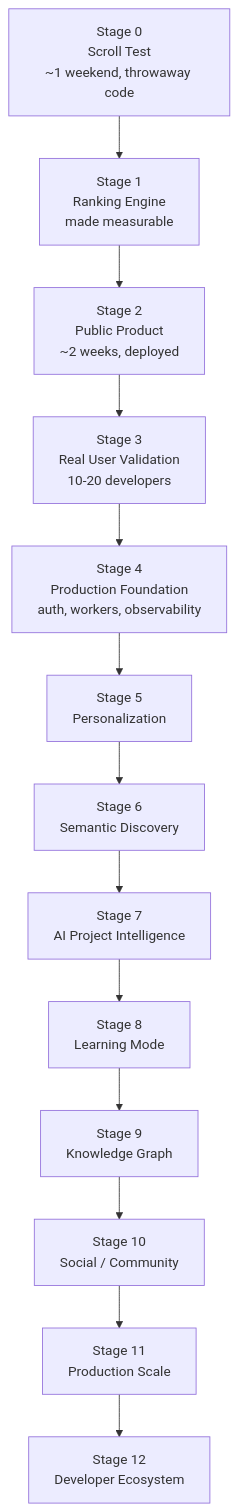
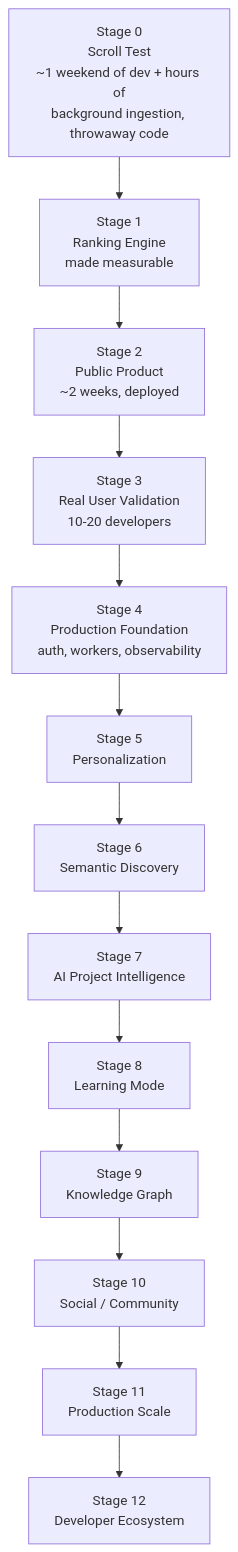
One commit to Nishant167/devfeed changed the first of 8 diagrams in DEVFEED.md. Above: the diagram before and after it, drawn with Mermaid. The commit also changed other lines of this file, not shown here.

Commit message:
docs: fix rate-limit, query-grid bias, and edge-case gaps in Stage 0 spec

````diff
--- a/DEVFEED.md
+++ b/DEVFEED.md
@@ -186,15 +186,15 @@
 ```mermaid
 flowchart TD
-    S0["Stage 0<br/>Scroll Test<br/>~1 weekend, throwaway code"] --> S1["Stage 1<br/>Ranking Engine<br/>made measurable"]
+    S0["Stage 0<br/>Scroll Test<br/>~1 weekend of dev + hours of<br/>background ingestion, throwaway code"] --> S1["Stage 1<br/>Ranking Engine<br/>made measurable"]
     S1 --> S2["Stage 2<br/>Public Product<br/>~2 weeks, deployed"]
     S2 --> S3["Stage 3<br/>Real User Validation<br/>10-20 developers"]
     S3 --> S4["Stage 4<br/>Production Foundation<br/>auth, workers, observability"]
     S4 --> S5["Stage 5<br/>Personalization"]
     S5 --> S6["Stage 6<br/>Semantic Discovery"]
     S6 --> S7["Stage 7<br/>AI Project Intelligence"]
     S7 --> S8["Stage 8<br/>Learning Mode"]
     S8 --> S9["Stage 9<br/>Knowledge Graph"]
     S9 --> S10["Stage 10<br/>Social / Community"]
     S10 --> S11["Stage 11<br/>Production Scale"]
     S11 --> S12["Stage 12<br/>Developer Ecosystem"]
 ```
````
